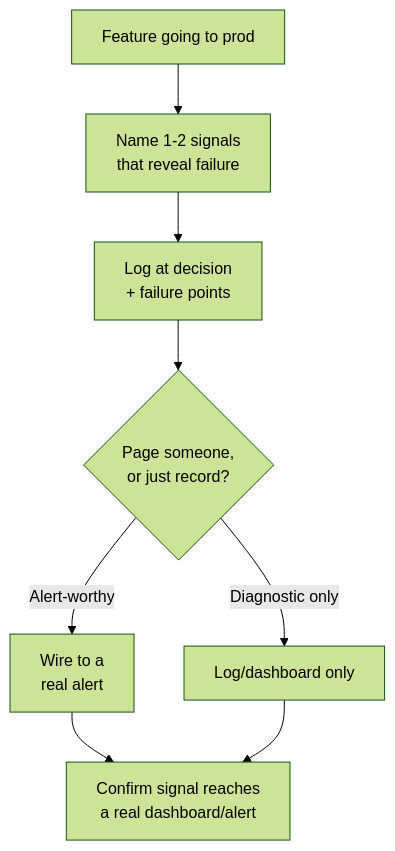
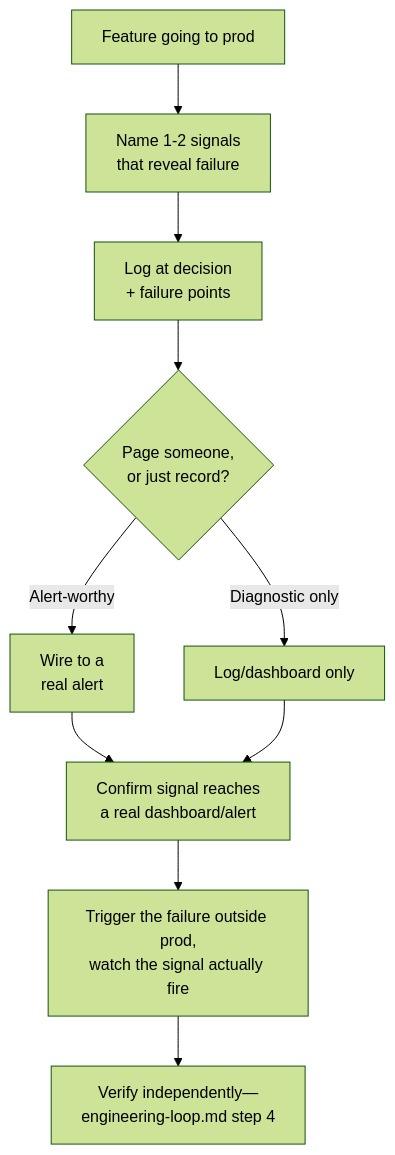
Before and after one commit to chiragmangaldev3112/agent-playbooks: diagram 14 of 38 in FLOWS.md, drawn with Mermaid (forest theme). The commit also changed other lines of this file and 6 other files, not shown here.

First line of the commit message:
Sync docs for content 1.29.0: flows, examples, changelog, custom bots

````diff
--- a/FLOWS.md
+++ b/FLOWS.md
@@ -233,10 +275,12 @@
 ```mermaid
 flowchart TD
     A[Feature going to prod] --> B[Name 1-2 signals\nthat reveal failure]
     B --> C[Log at decision\n+ failure points]
     C --> D{Page someone,\nor just record?}
     D -->|Alert-worthy| E[Wire to a\nreal alert]
     D -->|Diagnostic only| F[Log/dashboard only]
     E --> G[Confirm signal reaches\na real dashboard/alert]
     F --> G
+    G --> T[Trigger the failure outside prod,\nwatch the signal actually fire]
+    T --> V[Verify independently—\nengineering-loop.md step 4]
 ```
````
